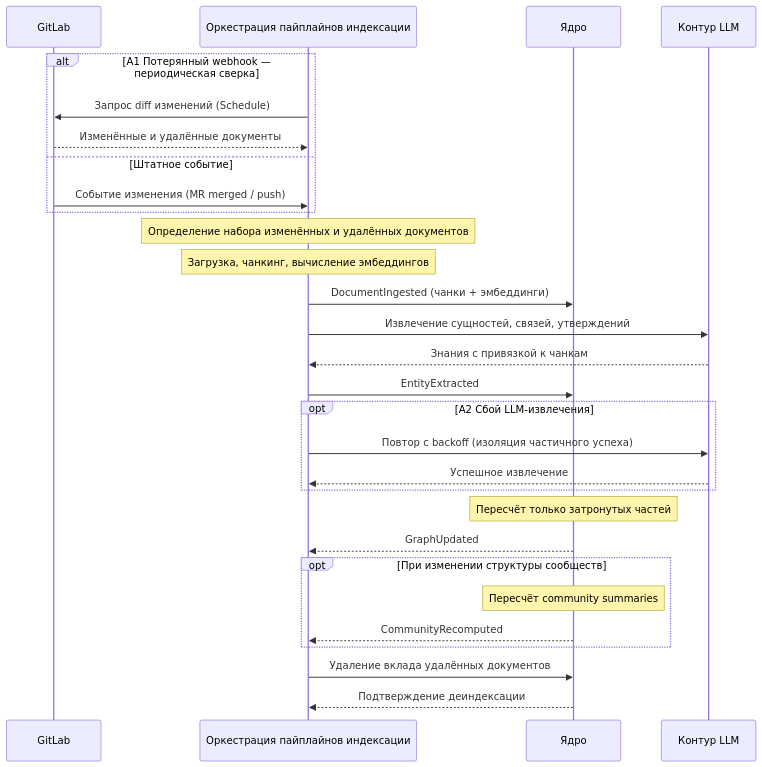
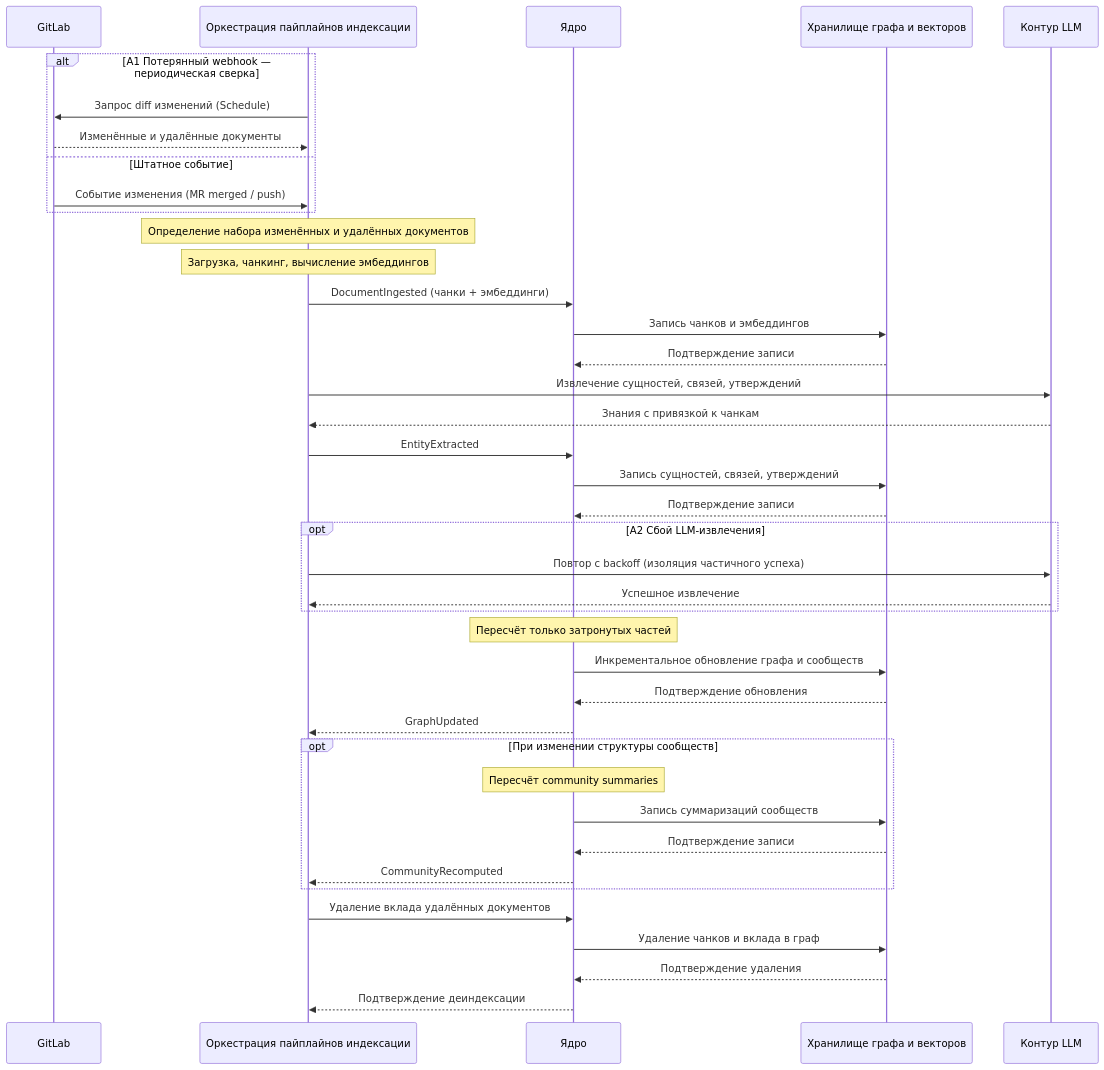
One commit to n-marusov/graphrag changed the diagram in specs/use-cases/UC-knowledge.sync.gitlab-index.md. Above: the diagram before and after it, drawn with Mermaid. The commit also changed other lines of this file and 5 other files, not shown here.

First line of the commit message:
docs(use-cases): add storage container to UC diagrams

````diff
--- a/specs/use-cases/UC-knowledge.sync.gitlab-index.md
+++ b/specs/use-cases/UC-knowledge.sync.gitlab-index.md
@@ -15,45 +15,56 @@
 ```mermaid
 sequenceDiagram
     participant GitLab as GitLab
     participant IDX as Оркестрация пайплайнов индексации
     participant Core as Ядро
+    participant Store as Хранилище графа и векторов
     participant LLM as Контур LLM
 
     alt A1 Потерянный webhook — периодическая сверка
         IDX->>GitLab: Запрос diff изменений (Schedule)
         GitLab-->>IDX: Изменённые и удалённые документы
     else Штатное событие
         GitLab->>IDX: Событие изменения (MR merged / push)
     end
 
     %% --- 1. Определение diff ---
     Note over IDX: Определение набора изменённых и удалённых документов
 
     %% --- 2. Подготовка документов ---
     Note over IDX: Загрузка, чанкинг, вычисление эмбеддингов
     IDX->>Core: DocumentIngested (чанки + эмбеддинги)
+    Core->>Store: Запись чанков и эмбеддингов
+    Store-->>Core: Подтверждение записи
 
     %% --- 3. Извлечение сущностей ---
     IDX->>LLM: Извлечение сущностей, связей, утверждений
     LLM-->>IDX: Знания с привязкой к чанкам
     IDX->>Core: EntityExtracted
+    Core->>Store: Запись сущностей, связей, утверждений
+    Store-->>Core: Подтверждение записи
 
     opt A2 Сбой LLM-извлечения
         IDX->>LLM: Повтор с backoff (изоляция частичного успеха)
         LLM-->>IDX: Успешное извлечение
     end
 
     %% --- 4. Инкрементальное обновление графа ---
     Note over Core: Пересчёт только затронутых частей
+    Core->>Store: Инкрементальное обновление графа и сообществ
+    Store-->>Core: Подтверждение обновления
     Core-->>IDX: GraphUpdated
 
     %% --- 5. Суммаризации сообществ ---
     opt При изменении структуры сообществ
         Note over Core: Пересчёт community summaries
+        Core->>Store: Запись суммаризаций сообществ
+        Store-->>Core: Подтверждение записи
         Core-->>IDX: CommunityRecomputed
     end
 
     %% --- 6. Деиндексация удалённых ---
     IDX->>Core: Удаление вклада удалённых документов
+    Core->>Store: Удаление чанков и вклада в граф
+    Store-->>Core: Подтверждение удаления
     Core-->>IDX: Подтверждение деиндексации
 ```
````
